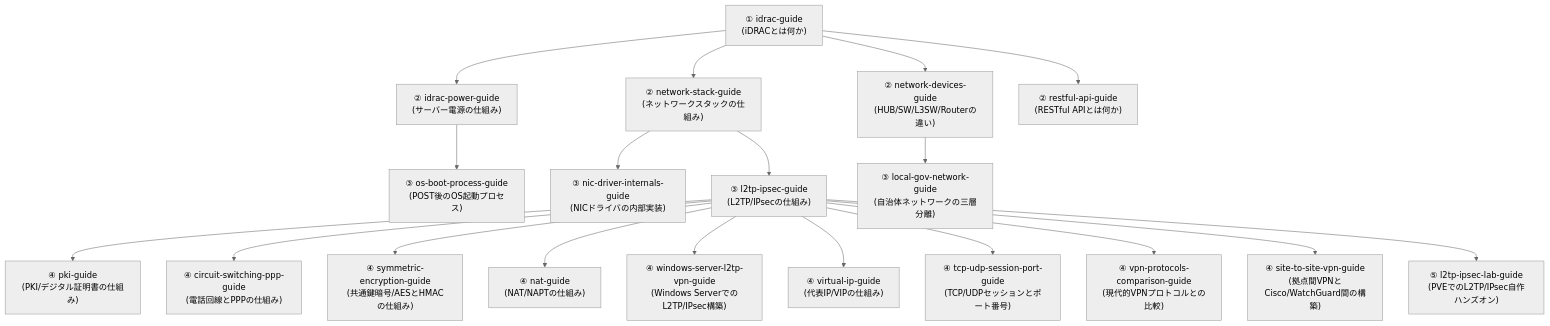
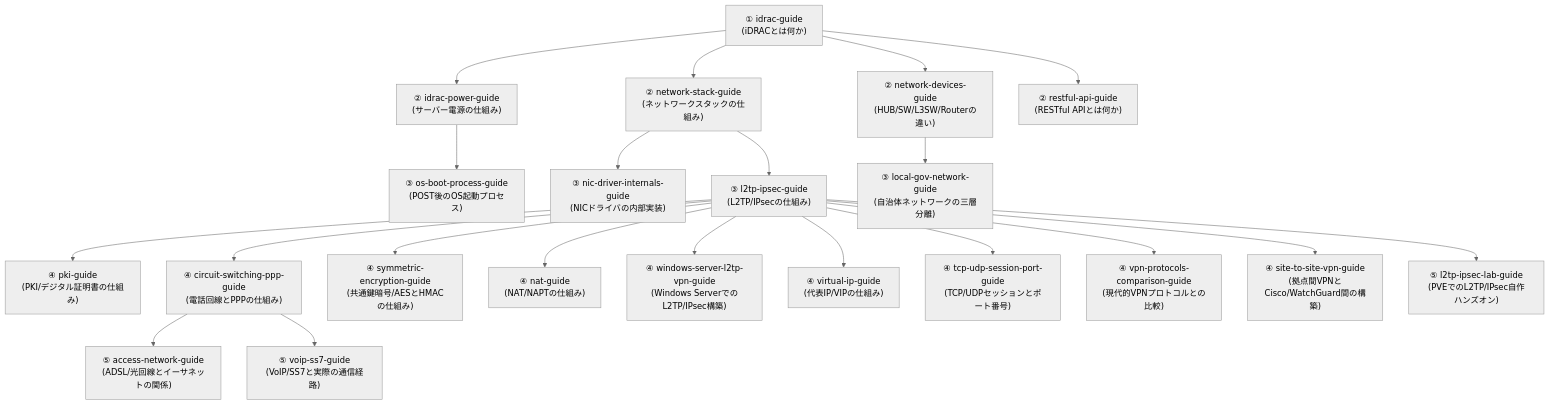
One commit to koikoi1998/koikoi-blog-20260723 changed the diagram in src/pages/sitemap.md. Above: the diagram before and after it, drawn with Mermaid (neutral theme). The commit also changed other lines of this file and 11 other files, not shown here.

Commit message:
circuit-switching-ppp-guideレビュー結果を反映し、交換機のルーティング決定方法と電話回線をIPネットワーク化した経緯を追記、ADSL/光回線とVoIP/SS7の2記事を新設

````diff
--- a/src/pages/sitemap.md
+++ b/src/pages/sitemap.md
@@ -22,41 +22,45 @@
 ```mermaid
 graph TB
     Idrac["① idrac-guide<br/>(iDRACとは何か)"]
     Power["② idrac-power-guide<br/>(サーバー電源の仕組み)"]
     Net["② network-stack-guide<br/>(ネットワークスタックの仕組み)"]
     Devices["② network-devices-guide<br/>(HUB/SW/L3SW/Routerの違い)"]
     Api["② restful-api-guide<br/>(RESTful APIとは何か)"]
     Boot["③ os-boot-process-guide<br/>(POST後のOS起動プロセス)"]
     Nic["③ nic-driver-internals-guide<br/>(NICドライバの内部実装)"]
     L2tp["③ l2tp-ipsec-guide<br/>(L2TP/IPsecの仕組み)"]
     GovNet["③ local-gov-network-guide<br/>(自治体ネットワークの三層分離)"]
     Pki["④ pki-guide<br/>(PKI/デジタル証明書の仕組み)"]
     Circuit["④ circuit-switching-ppp-guide<br/>(電話回線とPPPの仕組み)"]
     Sym["④ symmetric-encryption-guide<br/>(共通鍵暗号/AESとHMACの仕組み)"]
     Nat["④ nat-guide<br/>(NAT/NAPTの仕組み)"]
     Winvpn["④ windows-server-l2tp-vpn-guide<br/>(Windows ServerでのL2TP/IPsec構築)"]
     Vip["④ virtual-ip-guide<br/>(代表IP/VIPの仕組み)"]
     TcpUdp["④ tcp-udp-session-port-guide<br/>(TCP/UDPセッションとポート番号)"]
     VpnCompare["④ vpn-protocols-comparison-guide<br/>(現代的VPNプロトコルとの比較)"]
     S2s["④ site-to-site-vpn-guide<br/>(拠点間VPNとCisco/WatchGuard間の構築)"]
     L2tpLab["⑤ l2tp-ipsec-lab-guide<br/>(PVEでのL2TP/IPsec自作ハンズオン)"]
+    Access["⑤ access-network-guide<br/>(ADSL/光回線とイーサネットの関係)"]
+    Voip["⑤ voip-ss7-guide<br/>(VoIP/SS7と実際の通信経路)"]
 
     Idrac --> Power
     Idrac --> Net
     Idrac --> Devices
     Idrac --> Api
     Power --> Boot
     Net --> Nic
     Net --> L2tp
     Devices --> GovNet
     L2tp --> Pki
     L2tp --> Circuit
     L2tp --> Sym
     L2tp --> Nat
     L2tp --> Winvpn
     L2tp --> Vip
     L2tp --> TcpUdp
     L2tp --> VpnCompare
     L2tp --> S2s
     L2tp --> L2tpLab
+    Circuit --> Access
+    Circuit --> Voip
 ```
````
